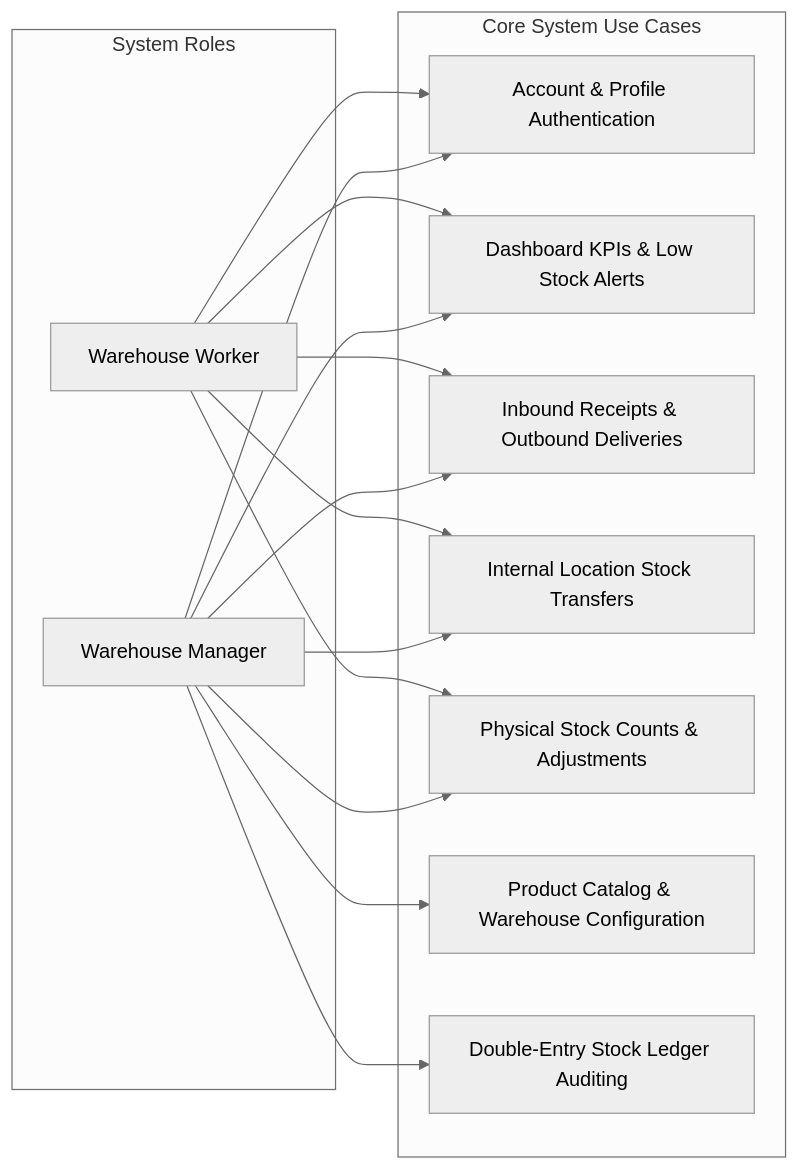
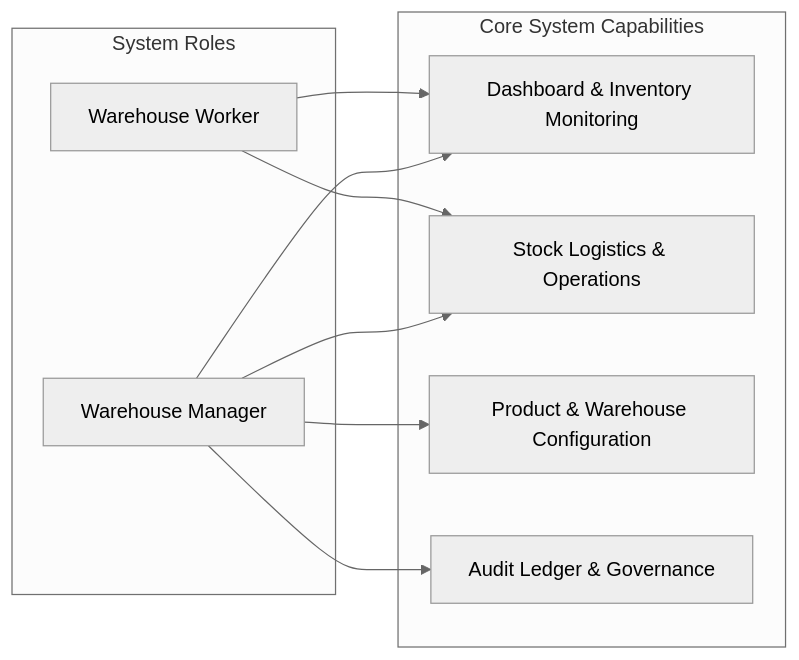
One commit to knoxiboy/StockSense changed the second of 2 diagrams in README.md. Above: the diagram before and after it, drawn with Mermaid (neutral theme).

Commit message:
Further simplify Use Case diagram in README.md

````diff
--- a/README.md
+++ b/README.md
@@ -63,31 +63,22 @@
 ```mermaid
 graph LR
-    subgraph System_Roles["System Roles"]
+    subgraph Roles["System Roles"]
         Worker["Warehouse Worker"]
         Manager["Warehouse Manager"]
     end
 
-    subgraph System_Use_Cases["Core System Use Cases"]
-        UC1["Account & Profile Authentication"]
-        UC2["Dashboard KPIs & Low Stock Alerts"]
-        UC3["Inbound Receipts & Outbound Deliveries"]
-        UC4["Internal Location Stock Transfers"]
-        UC5["Physical Stock Counts & Adjustments"]
-        UC6["Product Catalog & Warehouse Configuration"]
-        UC7["Double-Entry Stock Ledger Auditing"]
+    subgraph Capabilities["Core System Capabilities"]
+        UC1["Dashboard & Inventory Monitoring"]
+        UC2["Stock Logistics & Operations"]
+        UC3["Product & Warehouse Configuration"]
+        UC4["Audit Ledger & Governance"]
     end
 
     Worker --> UC1
     Worker --> UC2
-    Worker --> UC3
-    Worker --> UC4
-    Worker --> UC5
 
     Manager --> UC1
     Manager --> UC2
     Manager --> UC3
     Manager --> UC4
-    Manager --> UC5
-    Manager --> UC6
-    Manager --> UC7
 ```
````
